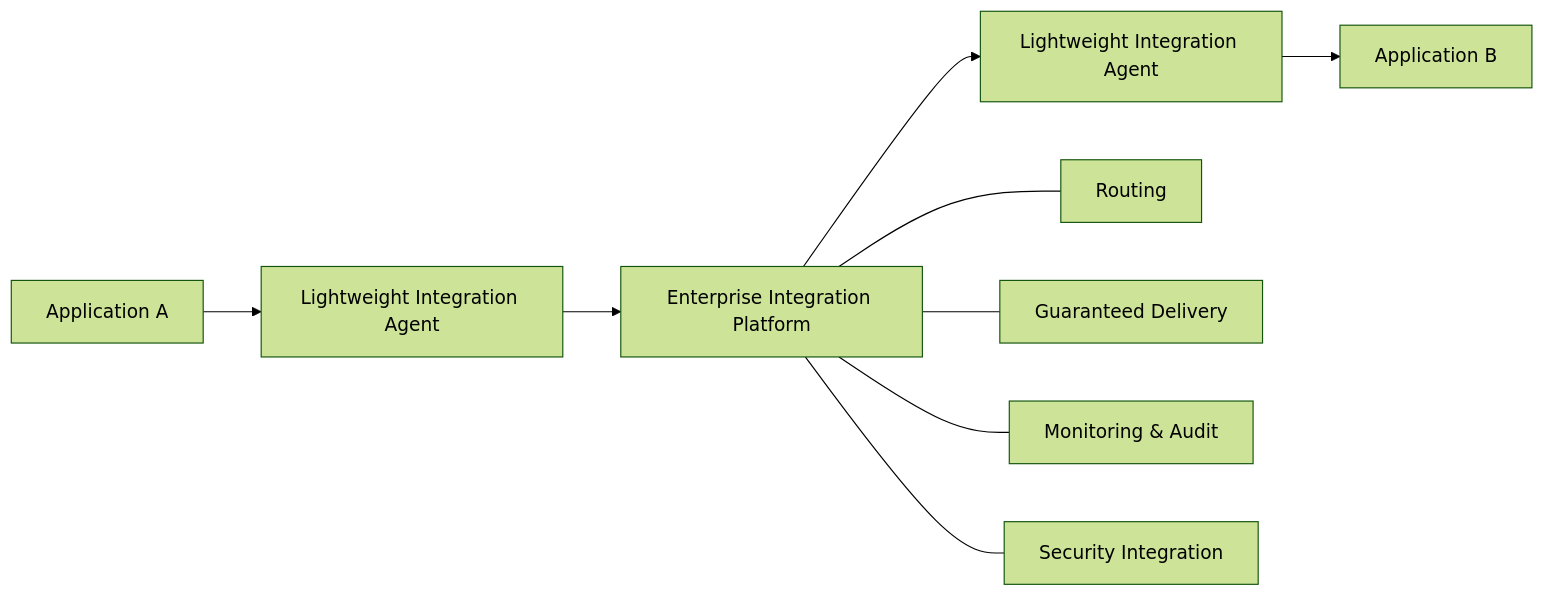
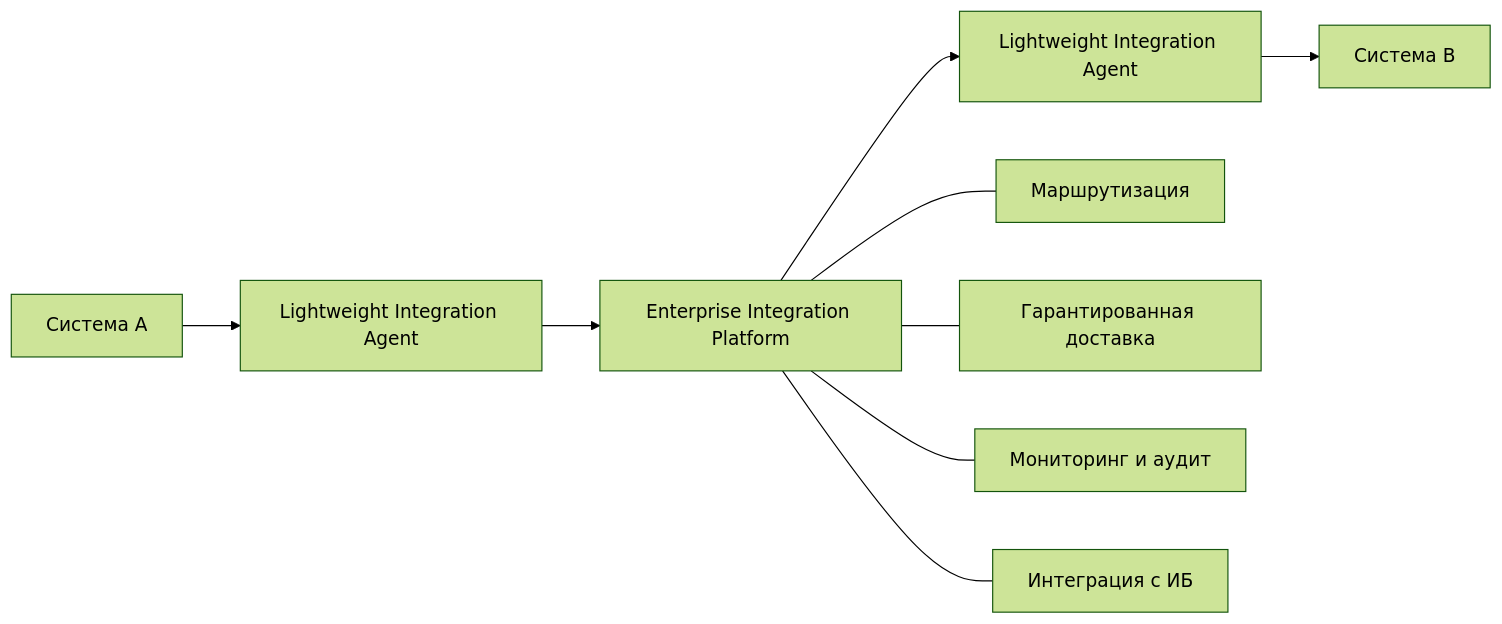
The third of 4 diagrams in README.md (NesmachnyDN/enterprise-integration-migration-case), drawn with Mermaid (forest theme) before and after one commit. The commit also changed other lines of this file, not shown here.

````diff
--- a/README.md
+++ b/README.md
@@ -95,12 +95,12 @@
 ```mermaid
 flowchart LR
-    A[Application A] --> N1[Lightweight Integration Agent]
+    A[Система A] --> N1[Lightweight Integration Agent]
     N1 --> P[Enterprise Integration Platform]
     P --> N2[Lightweight Integration Agent]
-    N2 --> B[Application B]
+    N2 --> B[Система B]
 
-    P --- R[Routing]
-    P --- G[Guaranteed Delivery]
-    P --- M[Monitoring & Audit]
-    P --- S[Security Integration]
+    P --- R[Маршрутизация]
+    P --- G[Гарантированная доставка]
+    P --- M[Мониторинг и аудит]
+    P --- S[Интеграция с ИБ]
 ```
````
